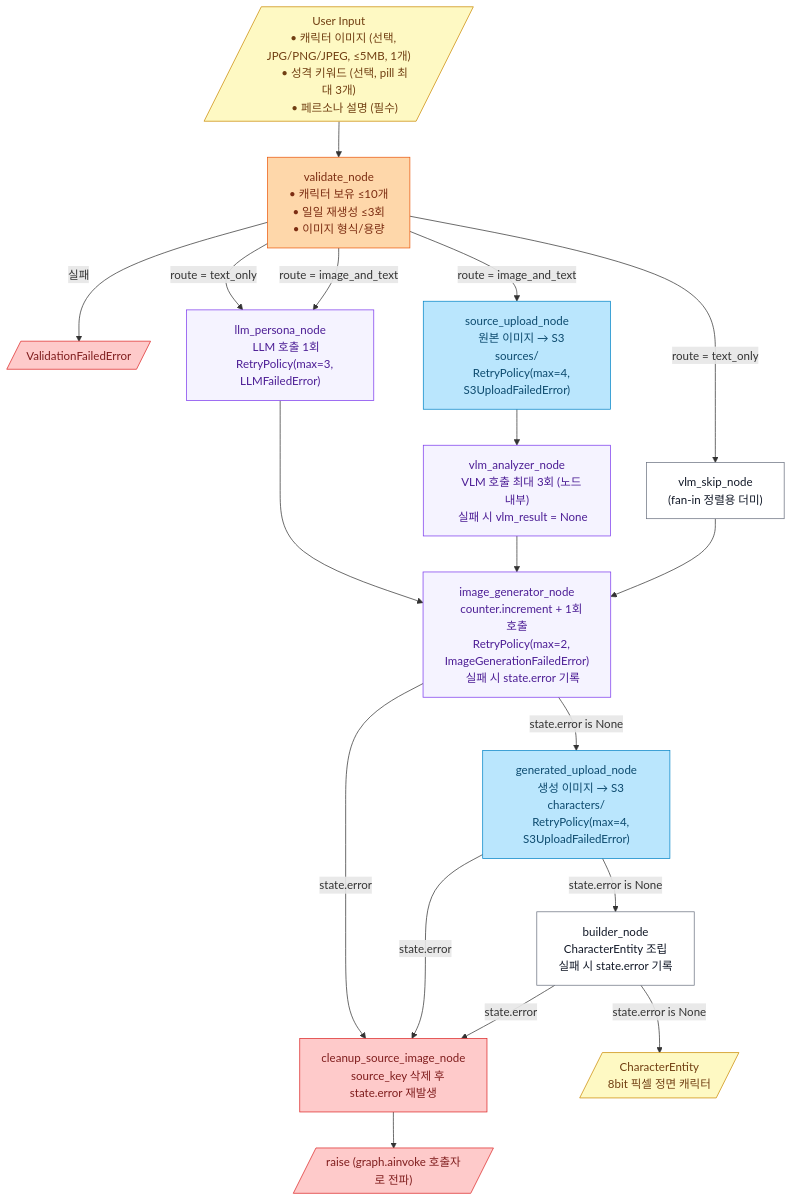
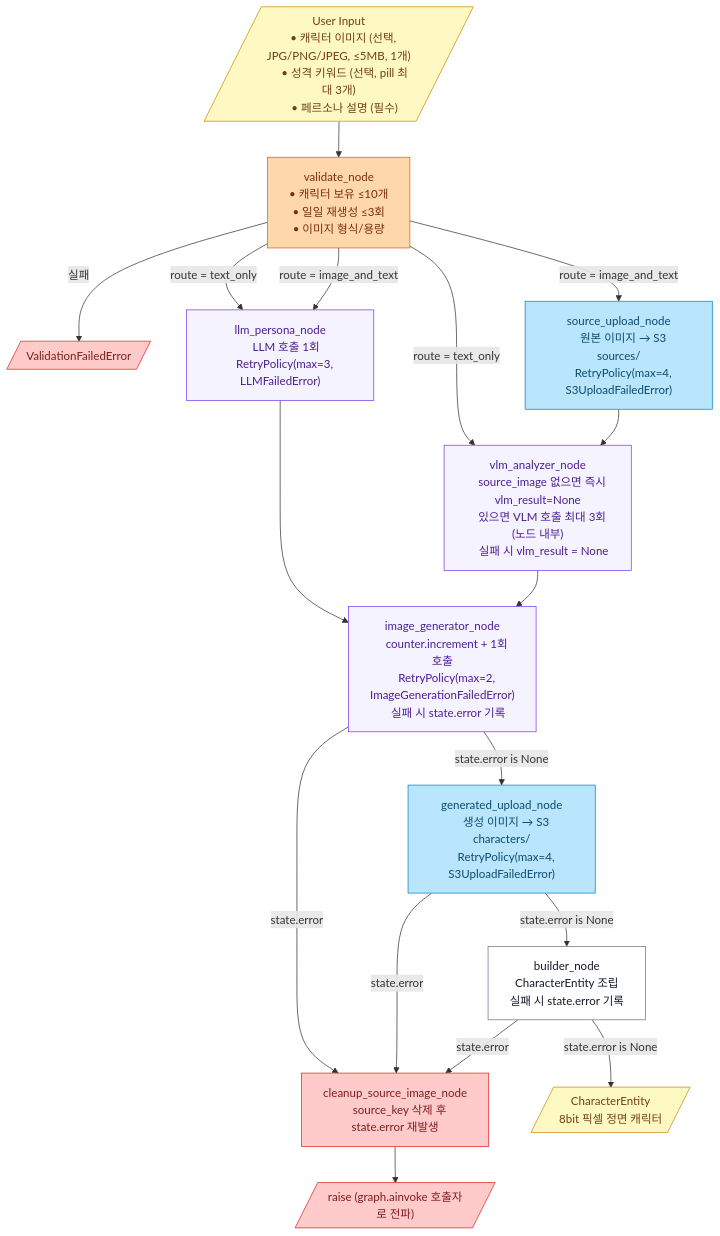
Before and after one commit to mong-studio/mongle-ai: the diagram in docs/features/character_generation/architecture.mmd, drawn with Mermaid. The commit also changed 2 other files, not shown here.

Commit message:
docs(character-generation): document vlm_skip → vlm_analyzer direct routing
- CHANGELOG: vlm_skip 더미 노드 제거 설계 메모 추가.
- features/character_generation/CLAUDE.md §5.1·§5.2: router 와 graph
  설명을 'text_only 는 vlm_analyzer 직행, source_image=None 일 때
  즉시 None 반환' 로 갱신.
- architecture.mmd: vlm_skip 노드/엣지 삭제, text_only → vlm_analyzer
  플로우로 다이어그램 동기화.

참고: 본 변경은 in-progress 상태 — 코드 (router.py / graph.py /
vlm_analyzer.py) 구현은 후속 커밋에서 마무리 예정.

```diff
--- a/docs/features/character_generation/architecture.mmd
+++ b/docs/features/character_generation/architecture.mmd
@@ -1,64 +1,62 @@
 ---
 config:
   layout: dagre
 ---
 flowchart TB
     A[/"User Input
     • 캐릭터 이미지 (선택, JPG/PNG/JPEG, ≤5MB, 1개)
     • 성격 키워드 (선택, pill 최대 3개)
     • 페르소나 설명 (필수)"/] --> V["validate_node
     • 캐릭터 보유 ≤10개
     • 일일 재생성 ≤3회
     • 이미지 형식/용량"]
     V -- 실패 --> VE[/"ValidationFailedError"/]
-    V -- "route = text_only" --> SKIP["vlm_skip_node
-    (fan-in 정렬용 더미)"]
+    V -- "route = text_only" --> VLM
     V -- "route = text_only" --> LLM
     V -- "route = image_and_text" --> SRC["source_upload_node
     원본 이미지 → S3 sources/
     RetryPolicy(max=4, S3UploadFailedError)"]
     V -- "route = image_and_text" --> LLM["llm_persona_node
     LLM 호출 1회
     RetryPolicy(max=3, LLMFailedError)"]
     SRC --> VLM["vlm_analyzer_node
-    VLM 호출 최대 3회 (노드 내부)
+    source_image 없으면 즉시 vlm_result=None
+    있으면 VLM 호출 최대 3회 (노드 내부)
     실패 시 vlm_result = None"]
     LLM --> IG
-    VLM --> IG
-    SKIP --> IG["image_generator_node
+    VLM --> IG["image_generator_node
     counter.increment + 1회 호출
     RetryPolicy(max=2, ImageGenerationFailedError)
     실패 시 state.error 기록"]
     IG -- "state.error is None" --> GU["generated_upload_node
     생성 이미지 → S3 characters/
     RetryPolicy(max=4, S3UploadFailedError)"]
     IG -- "state.error" --> CLN
     GU -- "state.error is None" --> BLD["builder_node
     CharacterEntity 조립
     실패 시 state.error 기록"]
     GU -- "state.error" --> CLN
     BLD -- "state.error is None" --> O[/"CharacterEntity
     8bit 픽셀 정면 캐릭터"/]
     BLD -- "state.error" --> CLN["cleanup_source_image_node
     source_key 삭제 후 state.error 재발생"]
     CLN --> RAISE[/"raise (graph.ainvoke 호출자로 전파)"/]
 
      A:::input
      V:::validation
      VE:::error
-     SKIP:::process
      SRC:::storage
      LLM:::ai
      VLM:::ai
      IG:::ai
      GU:::storage
      BLD:::process
      CLN:::error
      RAISE:::error
      O:::input
     classDef input fill:#fef9c3,stroke:#ca8a04,color:#713f12
     classDef validation fill:#fed7aa,stroke:#ea580c,color:#7c2d12
     classDef error fill:#fecaca,stroke:#dc2626,color:#7f1d1d
     classDef process fill:#ffffff,stroke:#6b7280,color:#111827
     classDef ai fill:#f5f3ff,stroke:#7c3aed,color:#4c1d95
     classDef storage fill:#bae6fd,stroke:#0284c7,color:#0c4a6e
```
